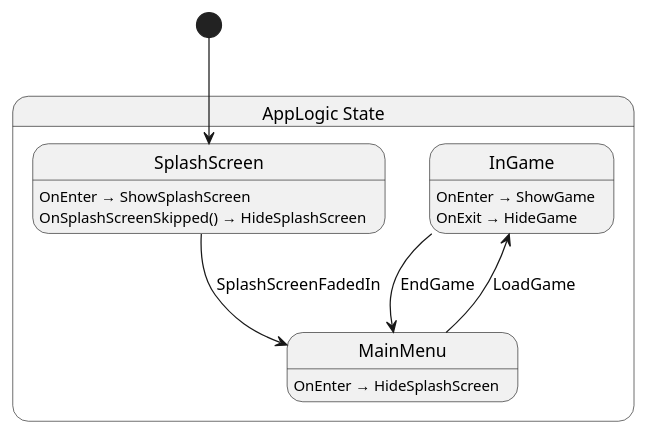
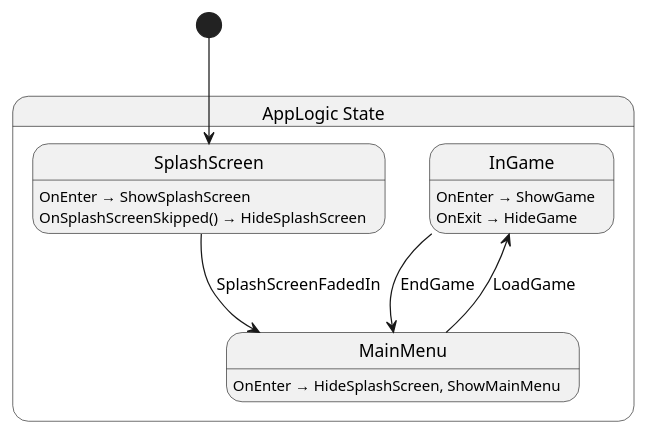
The diagram in src/app/logic/AppLogic.g.puml (Dokkae6949/perfect_pong), drawn with PlantUML before and after one commit. The commit also changed 9 other files, not shown here.

First line of the commit message:
Add basic main menu

```diff
--- a/src/app/logic/AppLogic.g.puml
+++ b/src/app/logic/AppLogic.g.puml
@@ -1,19 +1,19 @@
 @startuml AppLogic
 state "AppLogic State" as test_app_logic_AppLogic_State {
   state "InGame" as test_app_logic_AppLogic_State_InGame
   state "MainMenu" as test_app_logic_AppLogic_State_MainMenu
   state "SplashScreen" as test_app_logic_AppLogic_State_SplashScreen
 }
 
 test_app_logic_AppLogic_State_InGame --> test_app_logic_AppLogic_State_MainMenu : EndGame
 test_app_logic_AppLogic_State_MainMenu --> test_app_logic_AppLogic_State_InGame : LoadGame
 test_app_logic_AppLogic_State_SplashScreen --> test_app_logic_AppLogic_State_MainMenu : SplashScreenFadedIn
 
 test_app_logic_AppLogic_State_InGame : OnEnter → ShowGame
 test_app_logic_AppLogic_State_InGame : OnExit → HideGame
-test_app_logic_AppLogic_State_MainMenu : OnEnter → HideSplashScreen
+test_app_logic_AppLogic_State_MainMenu : OnEnter → HideSplashScreen, ShowMainMenu
 test_app_logic_AppLogic_State_SplashScreen : OnEnter → ShowSplashScreen
 test_app_logic_AppLogic_State_SplashScreen : OnSplashScreenSkipped() → HideSplashScreen
 
 [*] --> test_app_logic_AppLogic_State_SplashScreen
 @enduml
```
